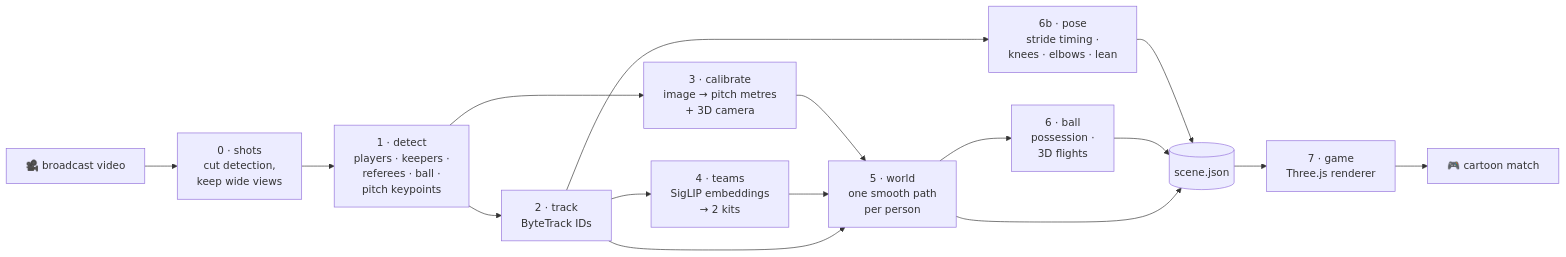
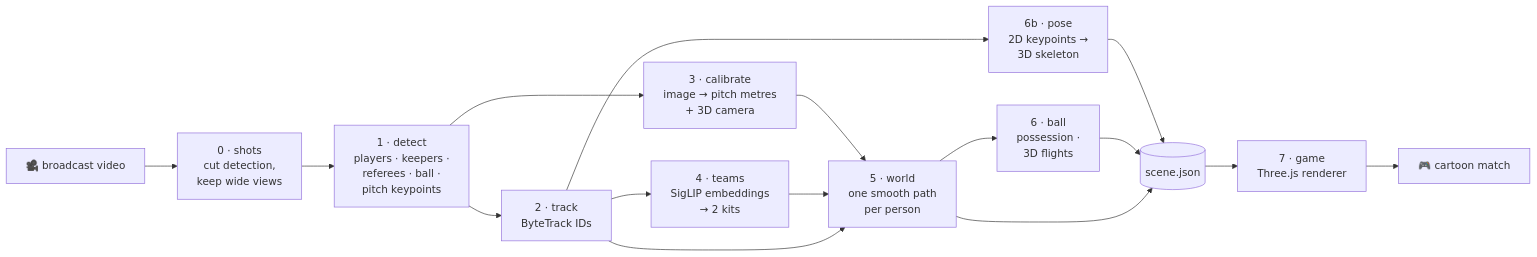
The diagram in README.md (Fer14/toonball), drawn with Mermaid before and after one commit. The commit also changed other lines of this file and 10 other files, not shown here.

````diff
--- a/README.md
+++ b/README.md
@@ -28,18 +28,18 @@
 ```mermaid
 flowchart LR
     V[🎥 broadcast video] --> S[0 · shots<br/>cut detection,<br/>keep wide views]
     S --> D[1 · detect<br/>players · keepers ·<br/>referees · ball ·<br/>pitch keypoints]
     D --> T[2 · track<br/>ByteTrack IDs]
     D --> C[3 · calibrate<br/>image → pitch metres<br/>+ 3D camera]
     T --> K[4 · teams<br/>SigLIP embeddings<br/>→ 2 kits]
     C --> W[5 · world<br/>one smooth path<br/>per person]
     K --> W
     T --> W
     W --> B[6 · ball<br/>possession ·<br/>3D flights]
-    T --> PO[6b · pose<br/>stride timing ·<br/>knees · elbows · lean]
+    T --> PO[6b · pose<br/>2D keypoints →<br/>3D skeleton]
     PO --> J
     B --> J[(scene.json)]
     W --> J
     J --> G[7 · game<br/>Three.js renderer]
     G --> M[🎮 cartoon match]
 ```
````
